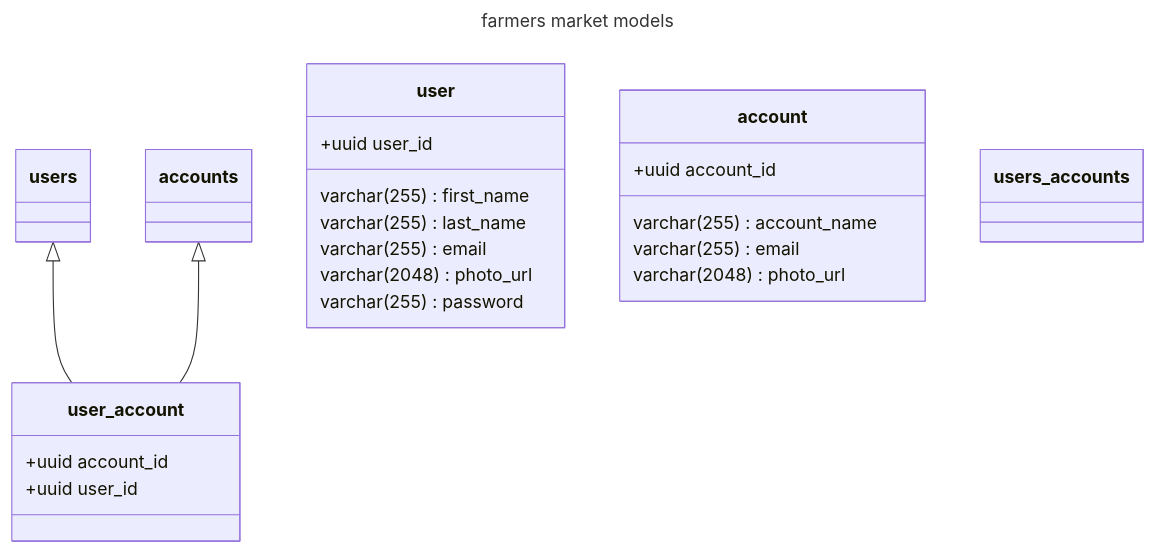
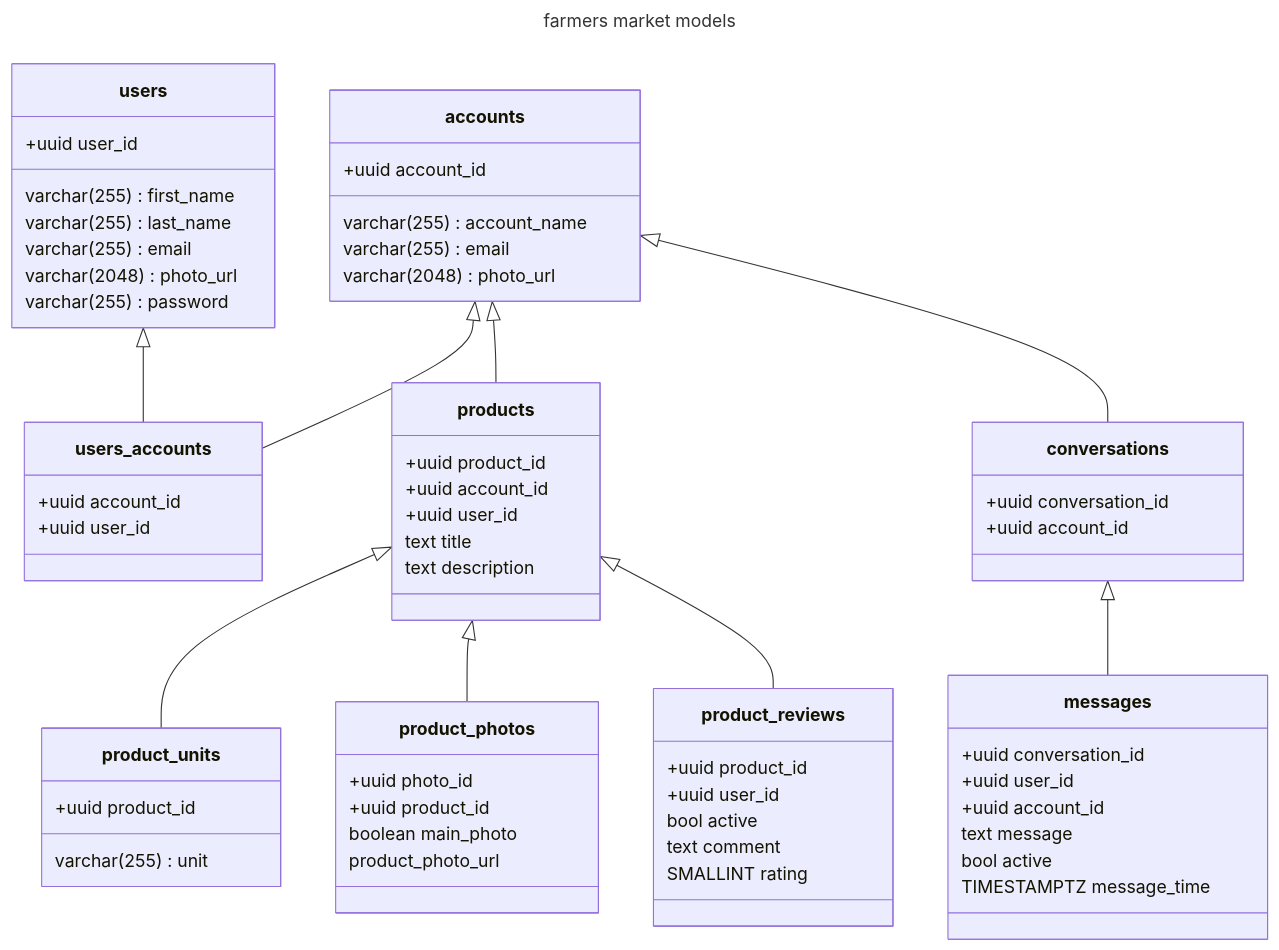
Before and after one commit to binarycornfield/farmers-market: the diagram in docs/db.md, drawn with Mermaid. The commit also changed 1 other file, not shown here.

Commit message:
updated some of the models and added some documentation

````diff
--- a/docs/db.md
+++ b/docs/db.md
@@ -1,25 +1,68 @@
 ```mermaid
 ---
 title: farmers market models
 ---
 classDiagram
-    users <|-- user_account
-    accounts <|-- user_account
+    users <|-- users_accounts
+    accounts <|-- users_accounts
+    accounts <|-- products
+    products <|-- product_units
+    products <|-- product_photos
+    products <|-- product_reviews 
+    accounts <|-- conversations
+    conversations <|-- messages
+    class users
+    users : +uuid user_id
+    users : varchar(255) first_name
+    users : varchar(255) last_name
+    users : varchar(255) email
+    users : varchar(2048) photo_url
+    users : varchar(255) password
+    class accounts
+    accounts : +uuid account_id
+    accounts : varchar(255) account_name
+    accounts : varchar(255) email
+    accounts : varchar(2048) photo_url
+    class users_accounts
+    users_accounts : +uuid account_id
+    users_accounts : +uuid user_id
+    class products
+    products : +uuid product_id
+    products : +uuid account_id
+    products : +uuid user_id
+    products : text title
+    products : text description
+    class product_units
+    product_units : +uuid product_id
+    product_units : varchar(255) unit
+    class product_photos
+    product_photos : +uuid photo_id
+    product_photos : +uuid product_id
+    product_photos : boolean main_photo
+    product_photos : product_photo_url
+    class product_reviews
+    product_reviews : +uuid product_id
+    product_reviews : +uuid user_id
+    product_reviews : bool active
+    product_reviews : text comment
+    product_reviews : SMALLINT rating
+    class messages
+    messages : +uuid conversation_id
+    messages : +uuid user_id  
+    messages : +uuid account_id  
+    messages : text message
+    messages : bool active
+    messages : TIMESTAMPTZ message_time
+    class conversations
+    conversations : +uuid conversation_id
+    conversations : +uuid account_id
 
-    class user
-    user : +uuid user_id
-    user : varchar(255) first_name
-    user : varchar(255) last_name
-    user : varchar(255) email
-    user : varchar(2048) photo_url
-    user : varchar(255) password
-    class account
-    account : +uuid account_id
-    account : varchar(255) account_name
-    account : varchar(255) email
-    account : varchar(2048) photo_url
-    class users_accounts
-    user_account : +uuid account_id
-    user_account : +uuid user_id
+
+
+
+
+
+
+
 
 ```
````
